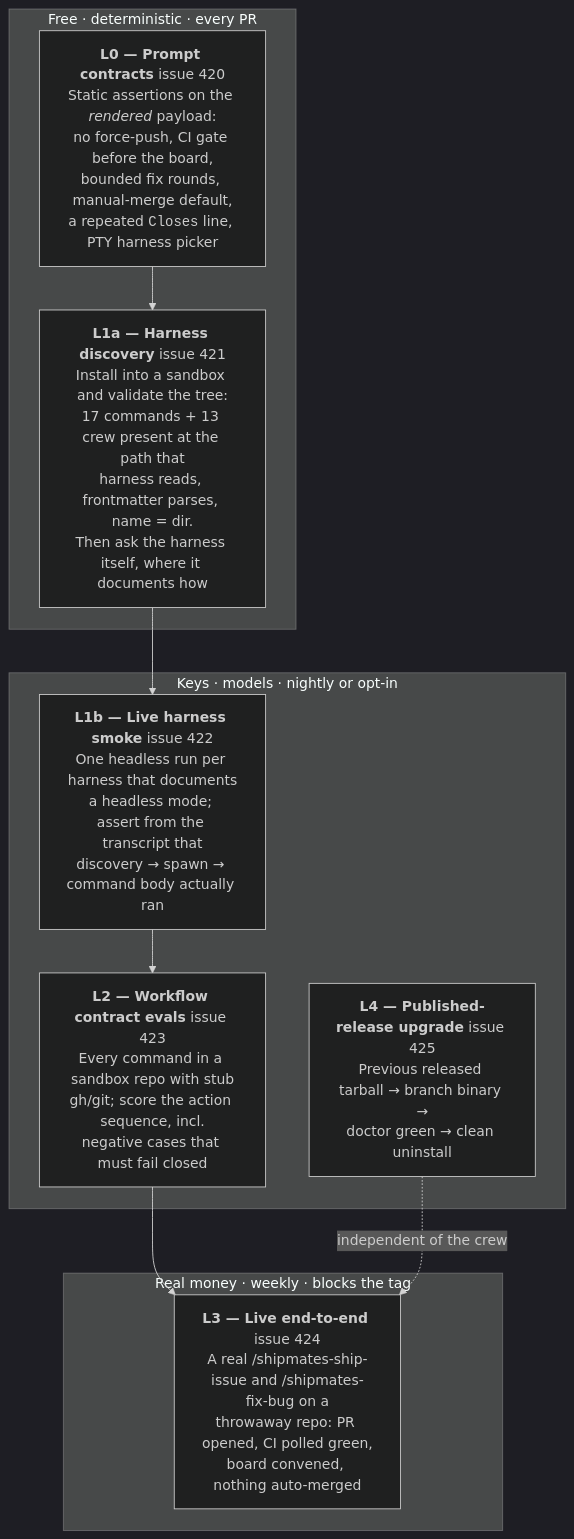
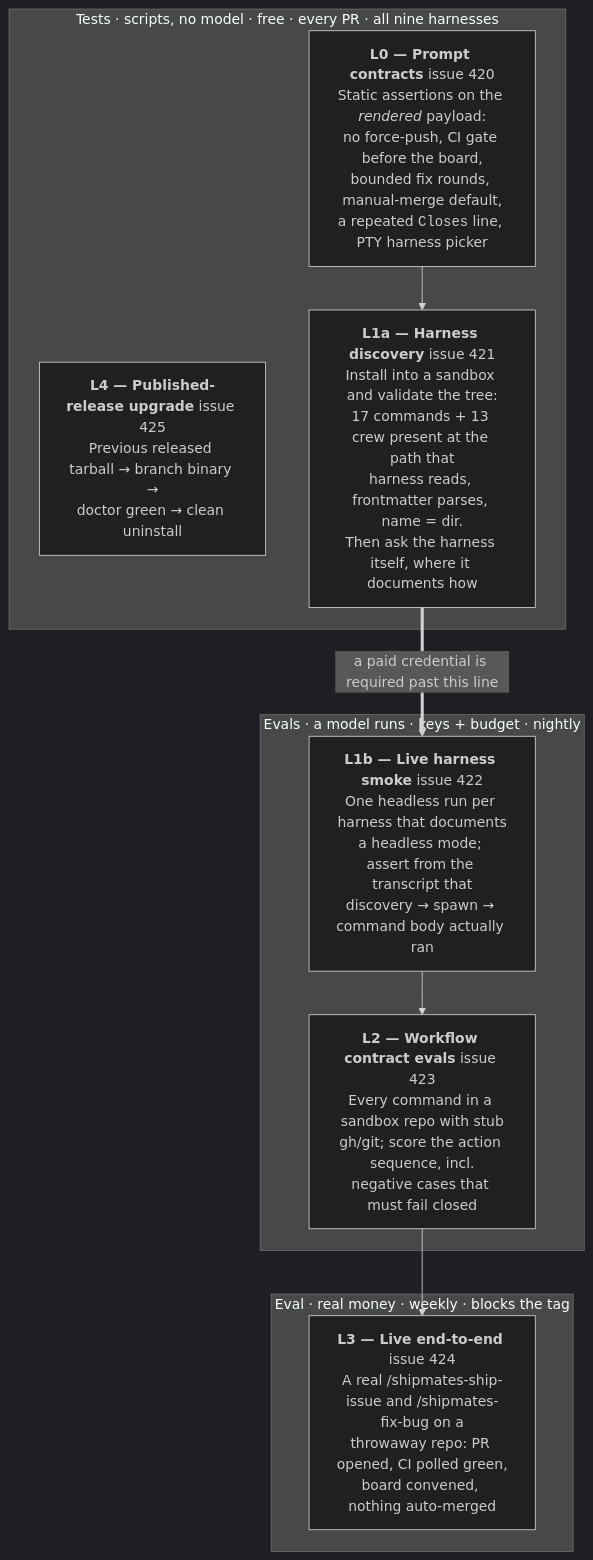
Before and after one commit to saman-mb/shipmates: the first of 6 diagrams in docs/EVALS.md, drawn with Mermaid (dark theme). The commit also changed other lines of this file, not shown here.

First line of the commit message:
docs(evals): separate the tests from the evals (#419)

````diff
--- a/docs/EVALS.md
+++ b/docs/EVALS.md
@@ -60,18 +87,19 @@
 ```mermaid
 flowchart TB
-    subgraph cheap["Free · deterministic · every PR"]
+    subgraph cheap["Tests · scripts, no model · free · every PR · all nine harnesses"]
         L0["<b>L0 — Prompt contracts</b> issue 420<br/>Static assertions on the <i>rendered</i> payload:<br/>no force-push, CI gate before the board,<br/>bounded fix rounds, manual-merge default,<br/>a repeated <code>Closes</code> line, PTY harness picker"]
+        L4["<b>L4 — Published-release upgrade</b> issue 425<br/>Previous released tarball → branch binary →<br/>doctor green → clean uninstall"]
         L1a["<b>L1a — Harness discovery</b> issue 421<br/>Install into a sandbox and validate the tree:<br/>17 commands + 13 crew present at the path that<br/>harness reads, frontmatter parses, name = dir.<br/>Then ask the harness itself, where it documents how"]
     end
-    subgraph nightly["Keys · models · nightly or opt-in"]
+    subgraph nightly["Evals · a model runs · keys + budget · nightly"]
         L1b["<b>L1b — Live harness smoke</b> issue 422<br/>One headless run per harness that documents<br/>a headless mode; assert from the transcript that<br/>discovery → spawn → command body actually ran"]
         L2["<b>L2 — Workflow contract evals</b> issue 423<br/>Every command in a sandbox repo with stub<br/>gh/git; score the action sequence, incl.<br/>negative cases that must fail closed"]
-        L4["<b>L4 — Published-release upgrade</b> issue 425<br/>Previous released tarball → branch binary →<br/>doctor green → clean uninstall"]
     end
-    subgraph gate["Real money · weekly · blocks the tag"]
+    subgraph gate["Eval · real money · weekly · blocks the tag"]
         L3["<b>L3 — Live end-to-end</b> issue 424<br/>A real /shipmates-ship-issue and /shipmates-fix-bug on a<br/>throwaway repo: PR opened, CI polled green,<br/>board convened, nothing auto-merged"]
     end
 
-    L0 --> L1a --> L1b --> L2 --> L3
-    L4 -.->|independent of the crew| L3
+    L0 --> L1a
+    L1a ==>|"a paid credential is required past this line"| L1b
+    L1b --> L2 --> L3
 ```
````
